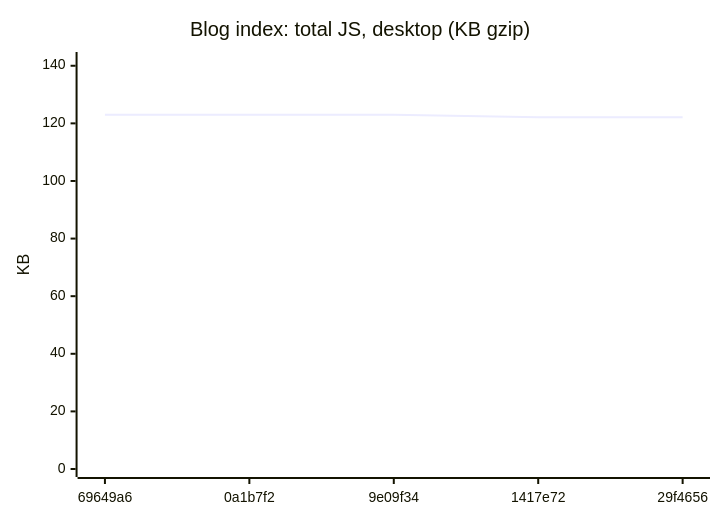
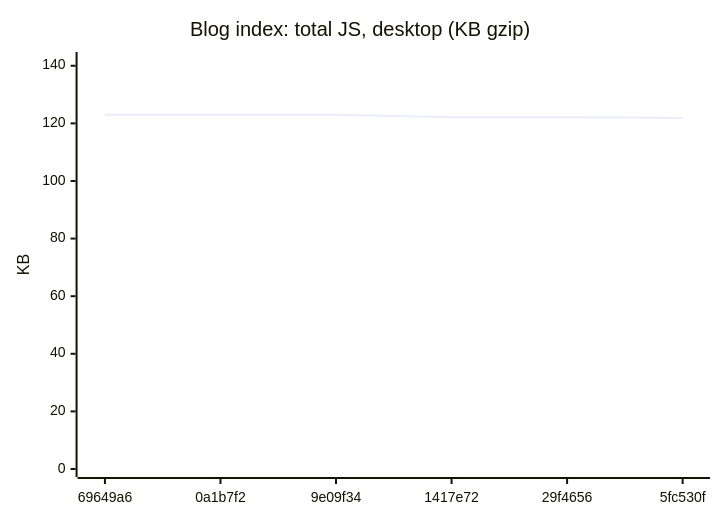
One commit to AxelUser/maltsev.space changed the third of 18 diagrams in README.md. Above: the diagram before and after it, drawn with Mermaid. The commit also changed other lines of this file and 1 other file, not shown here.

````diff
--- a/README.md
+++ b/README.md
@@ -53,7 +53,7 @@
 ```mermaid
 xychart-beta
   title "Blog index: total JS, desktop (KB gzip)"
-  x-axis ["69649a6", "0a1b7f2", "9e09f34", "1417e72", "29f4656"]
+  x-axis ["69649a6", "0a1b7f2", "9e09f34", "1417e72", "29f4656", "5fc530f"]
   y-axis "KB" 0 --> 142
-  line [123, 123, 123, 122.1, 122.1]
+  line [123, 123, 123, 122.1, 122.1, 121.9]
 ```
````
